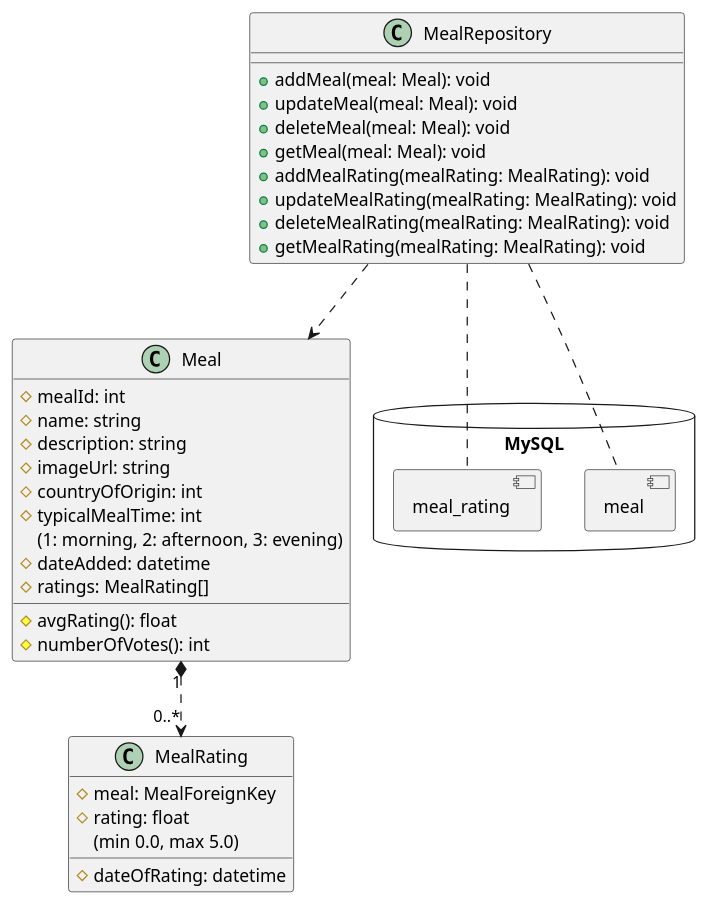
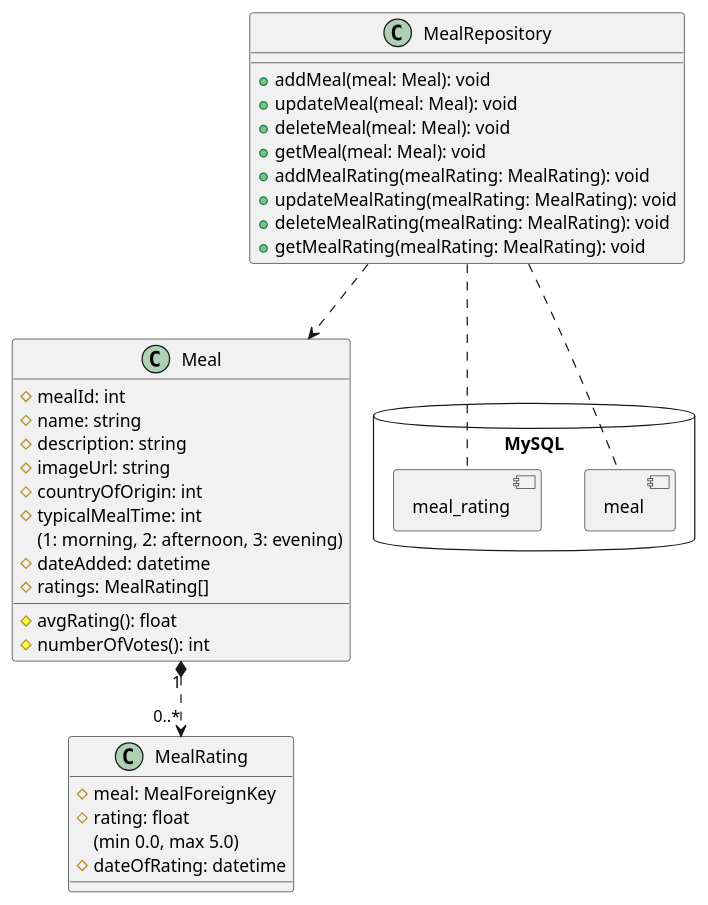
One commit to Fanta335/meal-ratings-site changed the diagram in classDiagram.pu. Above: the diagram before and after it, drawn with PlantUML. The commit also changed other lines of this file, not shown here.

Commit message:
fix MealRating class

```diff
--- a/classDiagram.pu
+++ b/classDiagram.pu
@@ -1,49 +1,49 @@
 @startuml classDiagram
 allow_mixing
 ' skinparam ClassAttributeIconSize 0
 
 class Meal{
   # mealId: int
   # name: string
   # description: string
   # imageUrl: string
   # countryOfOrigin: int
   # typicalMealTime: int
   (1: morning, 2: afternoon, 3: evening)
   # dateAdded: datetime
   # ratings: MealRating[]
   __
   # avgRating(): float
   # numberOfVotes(): int
 }
 
 class MealRating {
   # meal: MealForeignKey
   # rating: float
   (min 0.0, max 5.0)
+  # dateOfRating: datetime
   __
-  # dateOfRating: datetime
 }
 
 class MealRepository {
   + addMeal(meal: Meal): void
   + updateMeal(meal: Meal): void
   + deleteMeal(meal: Meal): void
   + getMeal(meal: Meal): void
   + addMealRating(mealRating: MealRating): void
   + updateMealRating(mealRating: MealRating): void
   + deleteMealRating(mealRating: MealRating): void
   + getMealRating(mealRating: MealRating): void
 }
 
 database MySQL {
   component meal
   component meal_rating
 }
 
 Meal "1" *..> "0..*" MealRating
 MealRepository ..> Meal
 MealRepository .. meal
 MealRepository .. meal_rating
 
 @enduml
```
